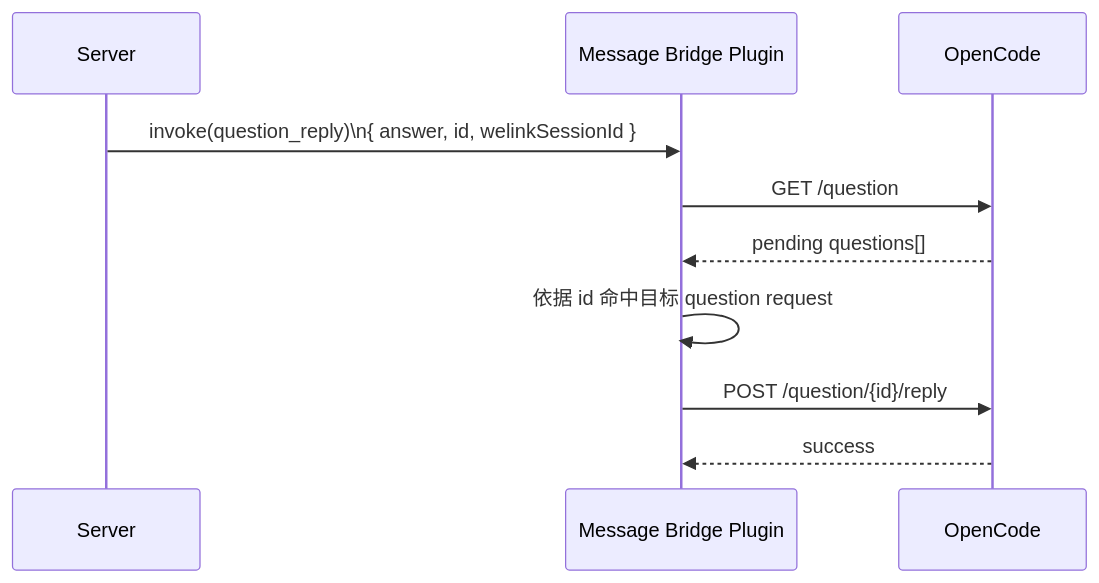
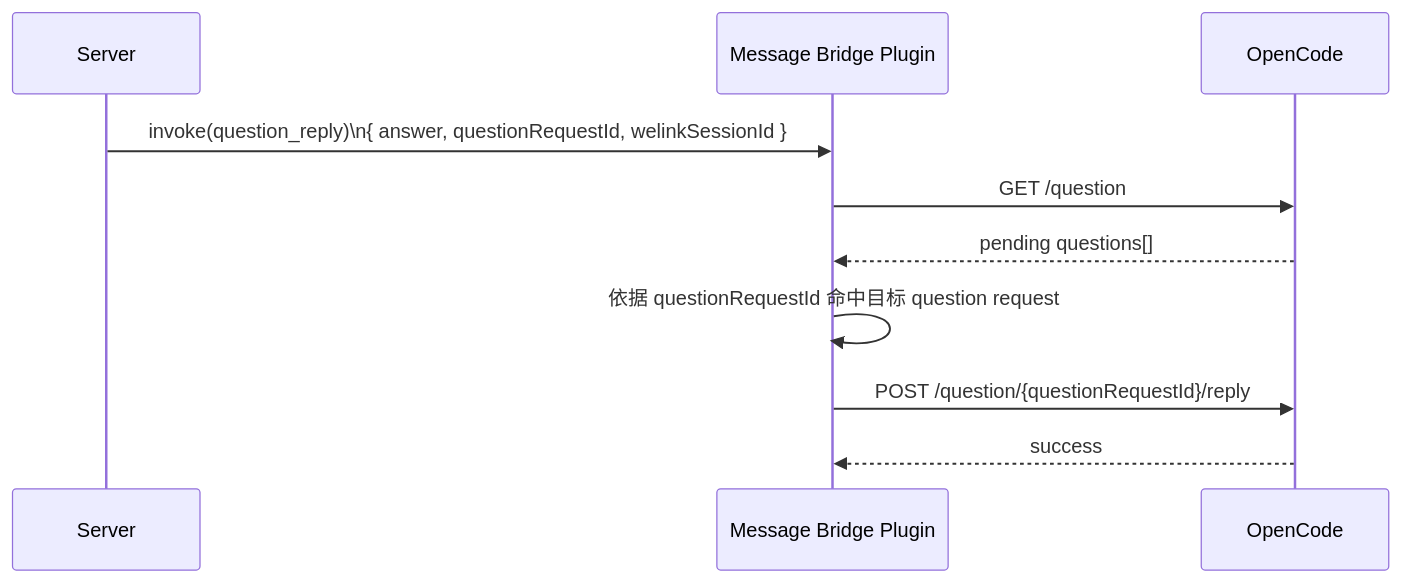
Before and after one commit to yuzhangCZ/agent-plugin: the diagram in docs/design/toolsessionid-dependency-analysis.md, drawn with Mermaid. The commit also changed other lines of this file, not shown here.

````diff
--- a/docs/design/toolsessionid-dependency-analysis.md
+++ b/docs/design/toolsessionid-dependency-analysis.md
@@ -304,13 +270,13 @@
 ```mermaid
 sequenceDiagram
   participant S as Server
   participant P as Message Bridge Plugin
   participant OC as OpenCode
 
-  S->>P: invoke(question_reply)\n{ answer, id, welinkSessionId }
+  S->>P: invoke(question_reply)\n{ answer, questionRequestId, welinkSessionId }
   P->>OC: GET /question
   OC-->>P: pending questions[]
-  P->>P: 依据 id 命中目标 question request
-  P->>OC: POST /question/{id}/reply
+  P->>P: 依据 questionRequestId 命中目标 question request
+  P->>OC: POST /question/{questionRequestId}/reply
   OC-->>P: success
 ```
````
